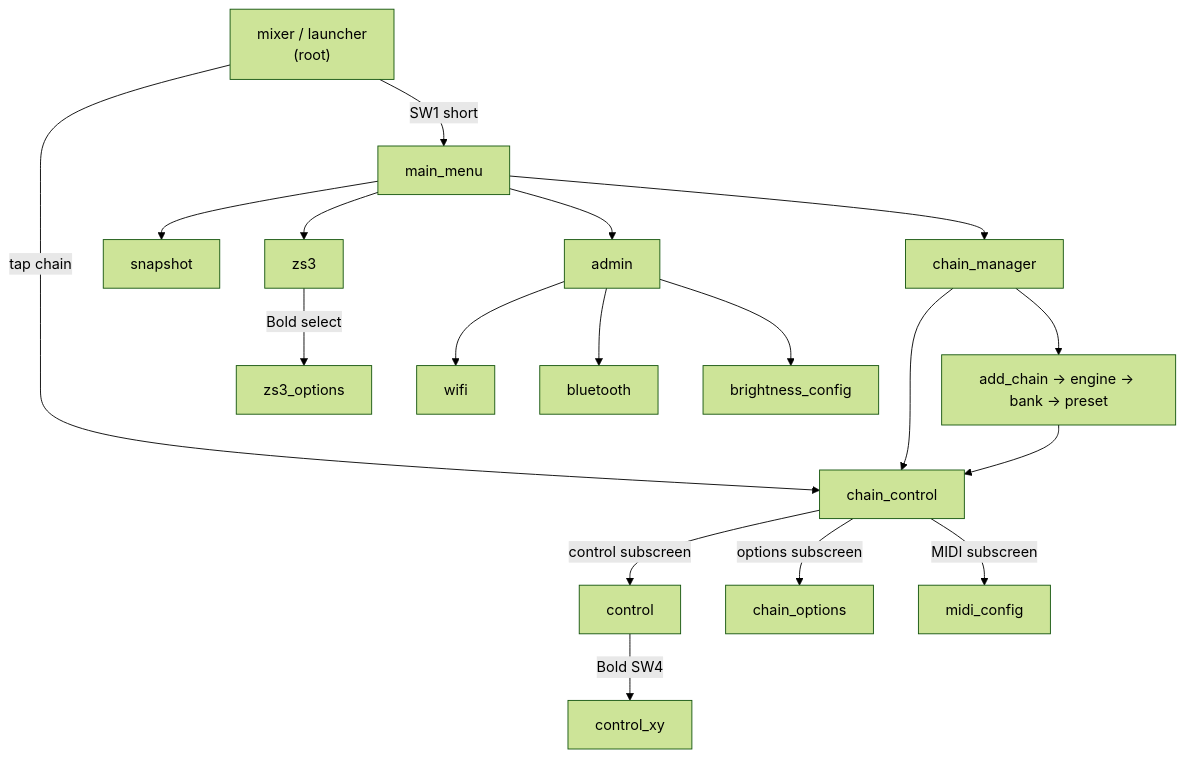
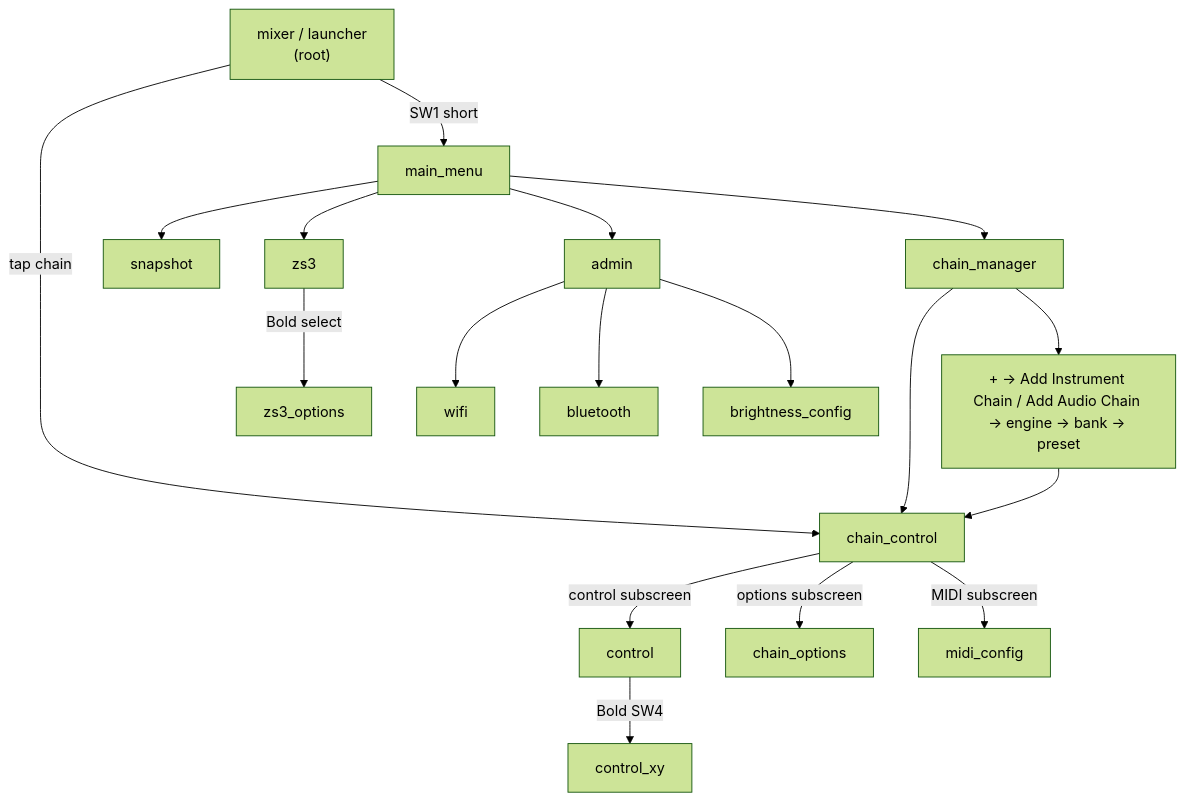
The second of 2 diagrams in htmldoku/userguide.md (Witzman/zynth-docs), drawn with Mermaid (forest theme) before and after one commit. The commit also changed other lines of this file and 4 other files, not shown here.

First line of the commit message:
fix(drone-synth): correct chain add menu label — "Add Instrument Chain" not "Add Synth Engine"

````diff
--- a/htmldoku/userguide.md
+++ b/htmldoku/userguide.md
@@ -102,21 +115,21 @@
 ```mermaid
 flowchart TD
     Root["mixer / launcher\n(root)"]
     Root -->|"SW1 short"| MM[main_menu]
     Root -->|"tap chain"| CC[chain_control]
     MM --> ChM[chain_manager]
     MM --> Snap[snapshot]
     MM --> ZS3[zs3]
     MM --> Admin[admin]
     ChM --> CC
-    ChM --> AddCh[add_chain → engine → bank → preset]
+    ChM --> AddCh["+ → Add Instrument Chain / Add Audio Chain → engine → bank → preset"]
     AddCh --> CC
     CC -->|"control subscreen"| Ctrl[control]
     CC -->|"options subscreen"| ChOpt[chain_options]
     CC -->|"MIDI subscreen"| MidiCfg[midi_config]
     Ctrl -->|"Bold SW4"| XY[control_xy]
     ZS3 -->|"Bold select"| ZS3Opt[zs3_options]
     Admin --> Wifi[wifi]
     Admin --> BLE[bluetooth]
     Admin --> Bright[brightness_config]
 ```
````
